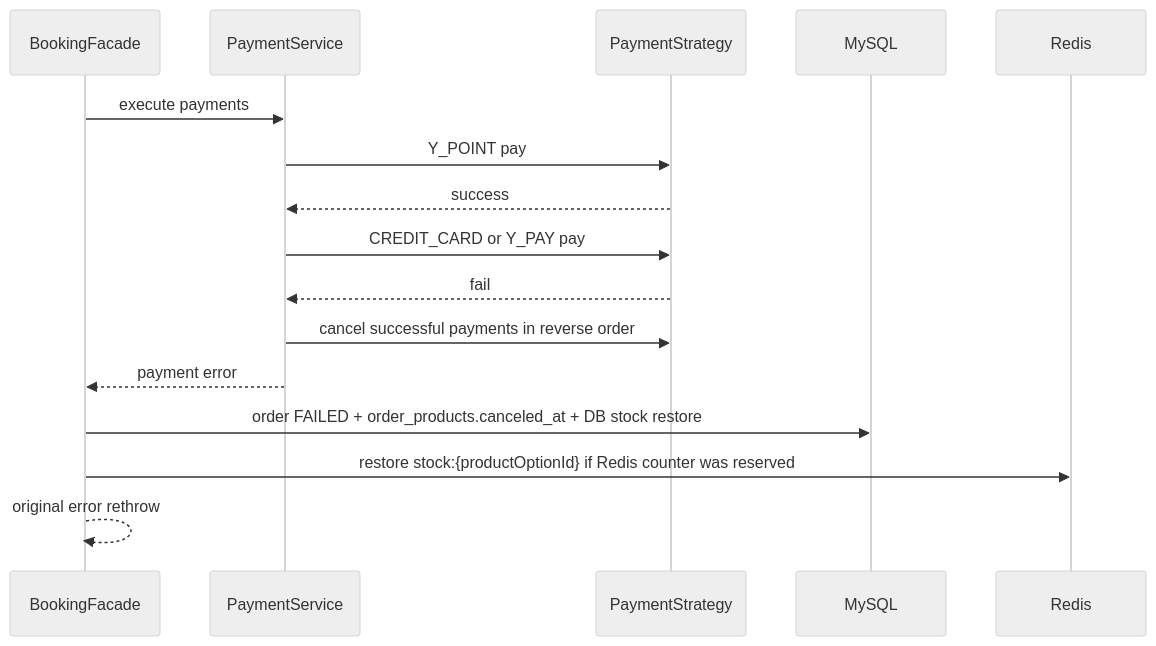
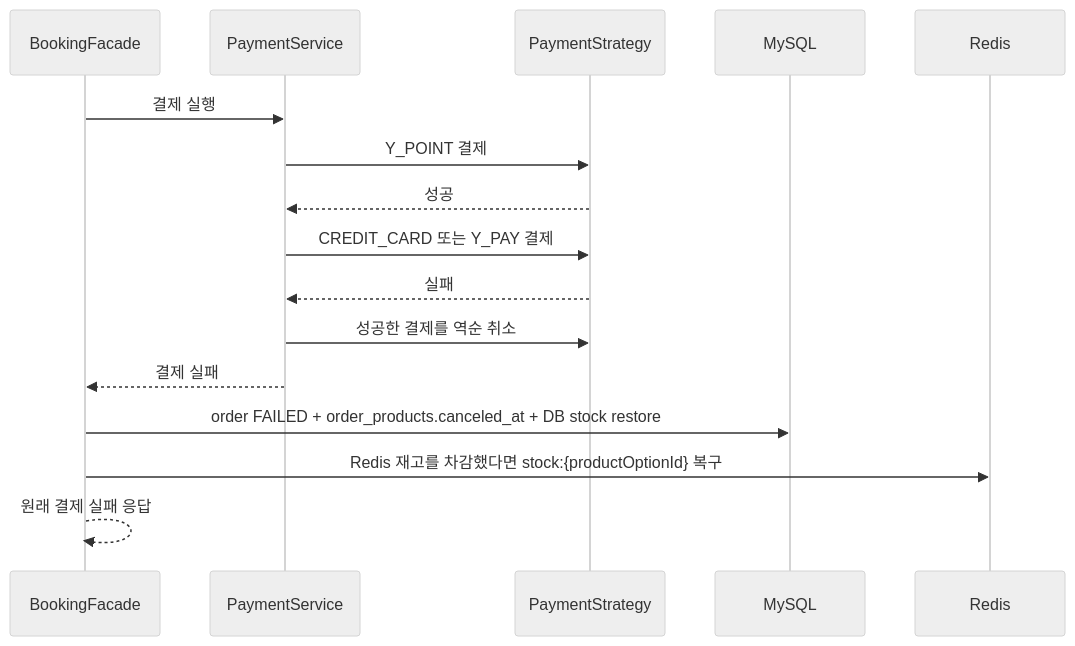
Before and after one commit to char-yb/fcfs-reservation-system: the third of 4 diagrams in README.md, drawn with Mermaid (neutral theme). The commit also changed other lines of this file and 7 other files, not shown here.

````diff
--- a/README.md
+++ b/README.md
@@ -409,19 +409,19 @@
 ```mermaid
 sequenceDiagram
     participant Facade as BookingFacade
     participant Payment as PaymentService
     participant Strategy as PaymentStrategy
     participant DB as MySQL
     participant Redis as Redis
 
-    Facade->>Payment: execute payments
-    Payment->>Strategy: Y_POINT pay
-    Strategy-->>Payment: success
-    Payment->>Strategy: CREDIT_CARD or Y_PAY pay
-    Strategy-->>Payment: fail
-    Payment->>Strategy: cancel successful payments in reverse order
-    Payment-->>Facade: payment error
+    Facade->>Payment: 결제 실행
+    Payment->>Strategy: Y_POINT 결제
+    Strategy-->>Payment: 성공
+    Payment->>Strategy: CREDIT_CARD 또는 Y_PAY 결제
+    Strategy-->>Payment: 실패
+    Payment->>Strategy: 성공한 결제를 역순 취소
+    Payment-->>Facade: 결제 실패
     Facade->>DB: order FAILED + order_products.canceled_at + DB stock restore
-    Facade->>Redis: restore stock:{productOptionId} if Redis counter was reserved
-    Facade-->>Facade: original error rethrow
+    Facade->>Redis: Redis 재고를 차감했다면 stock:{productOptionId} 복구
+    Facade-->>Facade: 원래 결제 실패 응답
 ```
````
